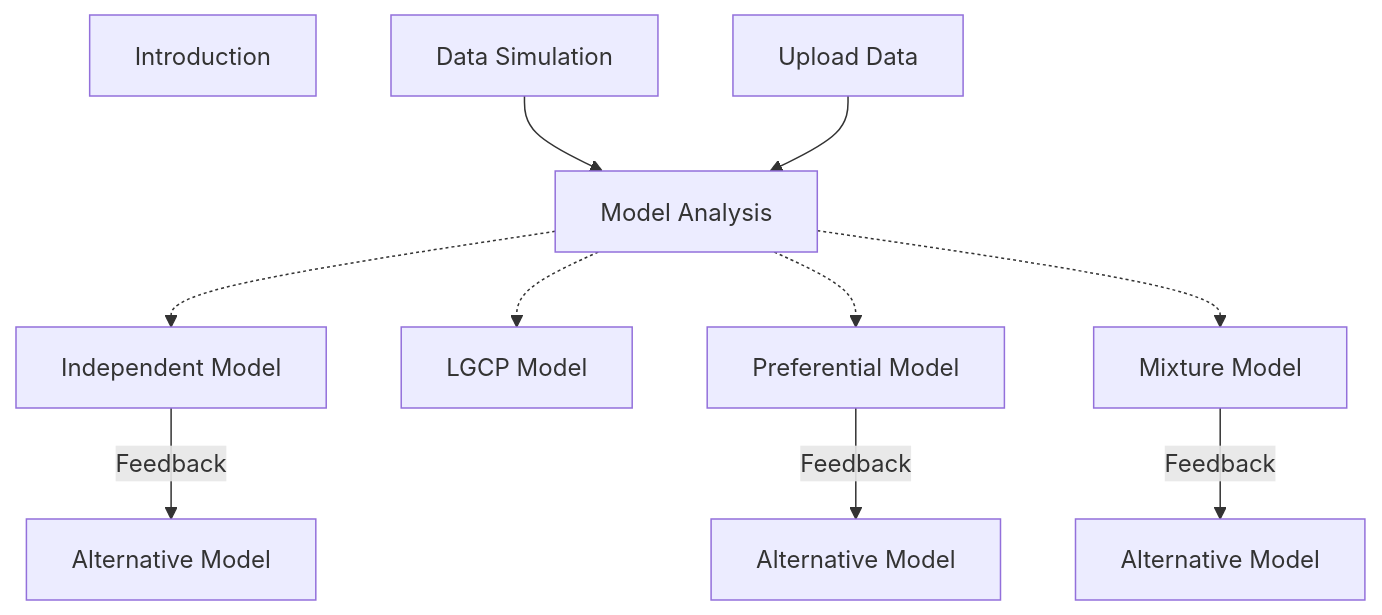
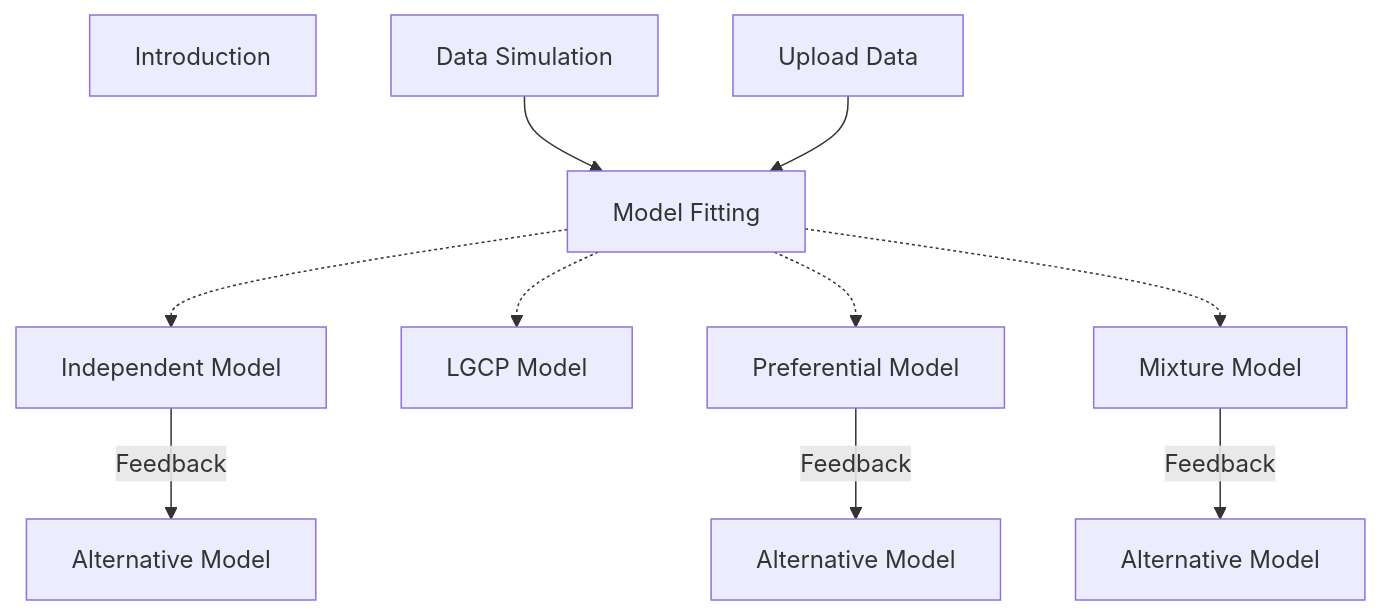
The diagram in README.md (MarioFigueiraP/ShinyAppSpatialModelFeedback), drawn with Mermaid before and after one commit. The commit also changed other lines of this file, not shown here.

````diff
--- a/README.md
+++ b/README.md
@@ -74,13 +74,13 @@
 ```mermaid
 flowchart TD
     A[Introduction]
-    B[Data Simulation]-->D[Model Analysis]
-    C[Upload Data]-->D[Model Analysis]
-    D[Model Analysis]-.->E[Independent Model]
-    D[Model Analysis]-.->F[LGCP Model]
-    D[Model Analysis]-.->G[Preferential Model]
-    D[Model Analysis]-.->H[Mixture Model] 
+    B[Data Simulation]-->D[Model Fitting]
+    C[Upload Data]-->D[Model Fitting]
+    D[Model Fitting]-.->E[Independent Model]
+    D[Model Fitting]-.->F[LGCP Model]
+    D[Model Fitting]-.->G[Preferential Model]
+    D[Model Fitting]-.->H[Mixture Model] 
     E-- Feedback --> I[Alternative Model]
     G-- Feedback --> J[Alternative Model]
     H-- Feedback --> K[Alternative Model]
 ```
````
